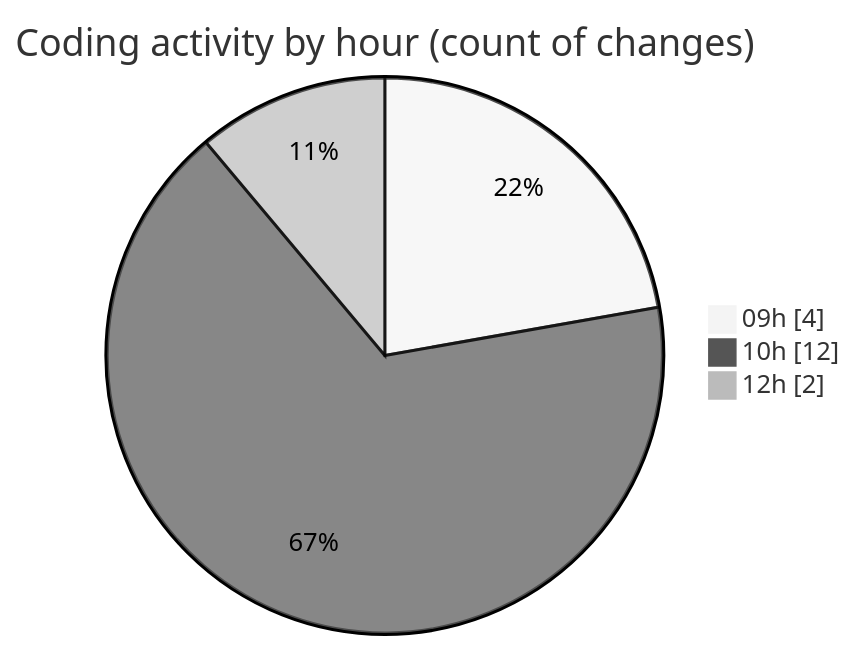
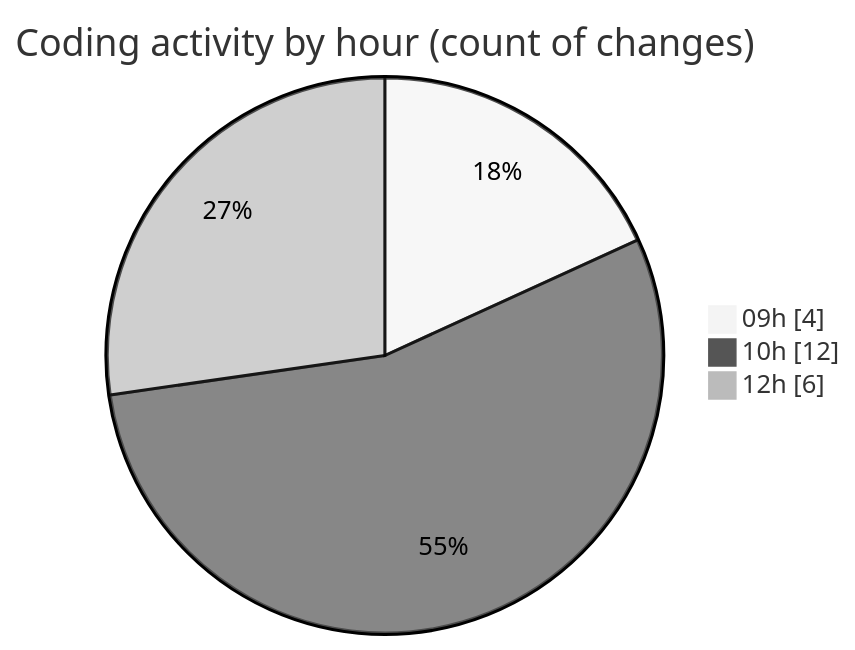
Before and after one commit to nxtqubesakshisongat/code-tracking: the second of 2 diagrams in 2025-05-19/nxtqube_webapp/README.md, drawn with Mermaid (neutral theme). The commit also changed other lines of this file and 1 other file, not shown here.

````diff
--- a/2025-05-19/nxtqube_webapp/README.md
+++ b/2025-05-19/nxtqube_webapp/README.md
@@ -32,7 +33,7 @@
 ```mermaid
 pie showData
 title Coding activity by hour (count of changes)
 "09h" : 4
 "10h" : 12
-"12h" : 2
+"12h" : 6
 ```
````
